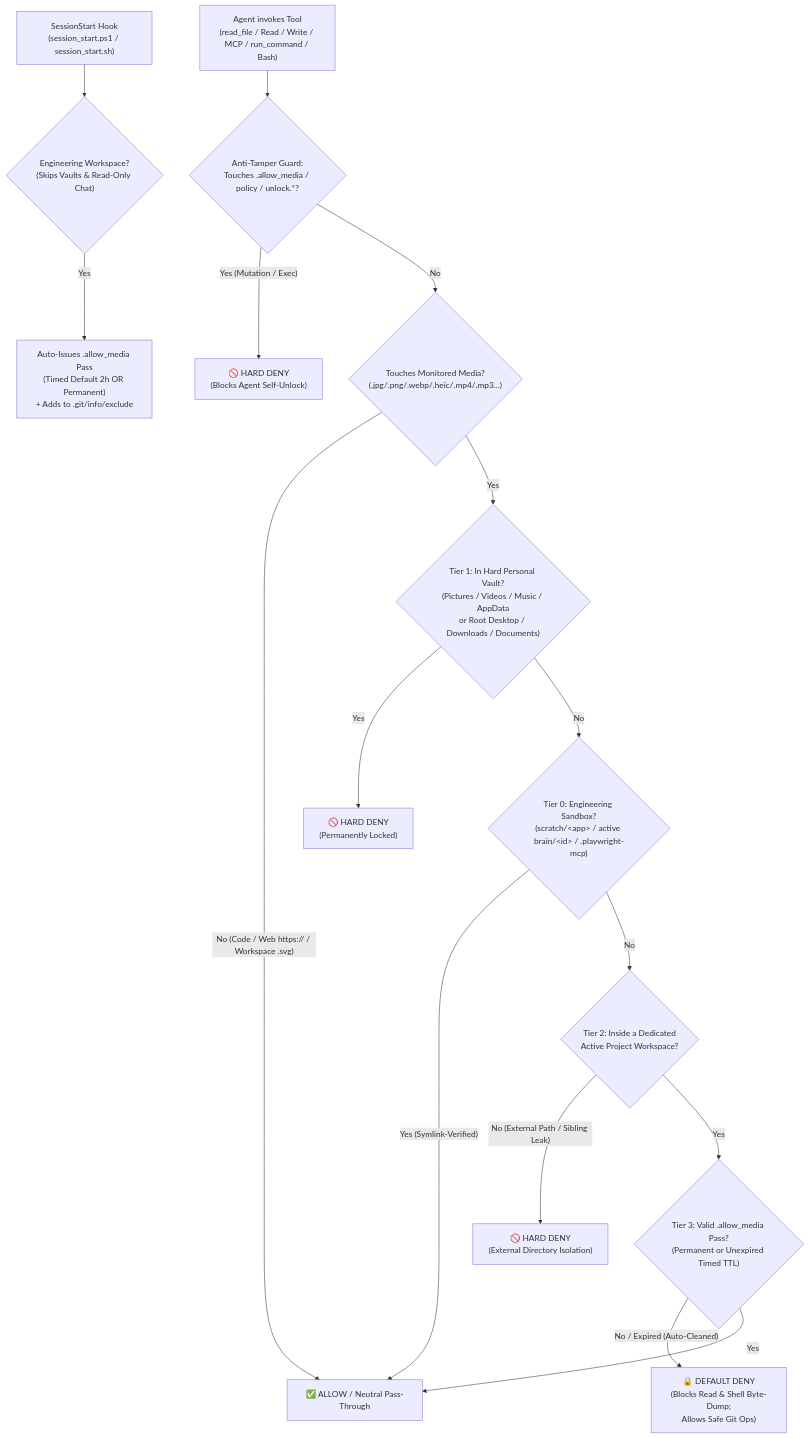
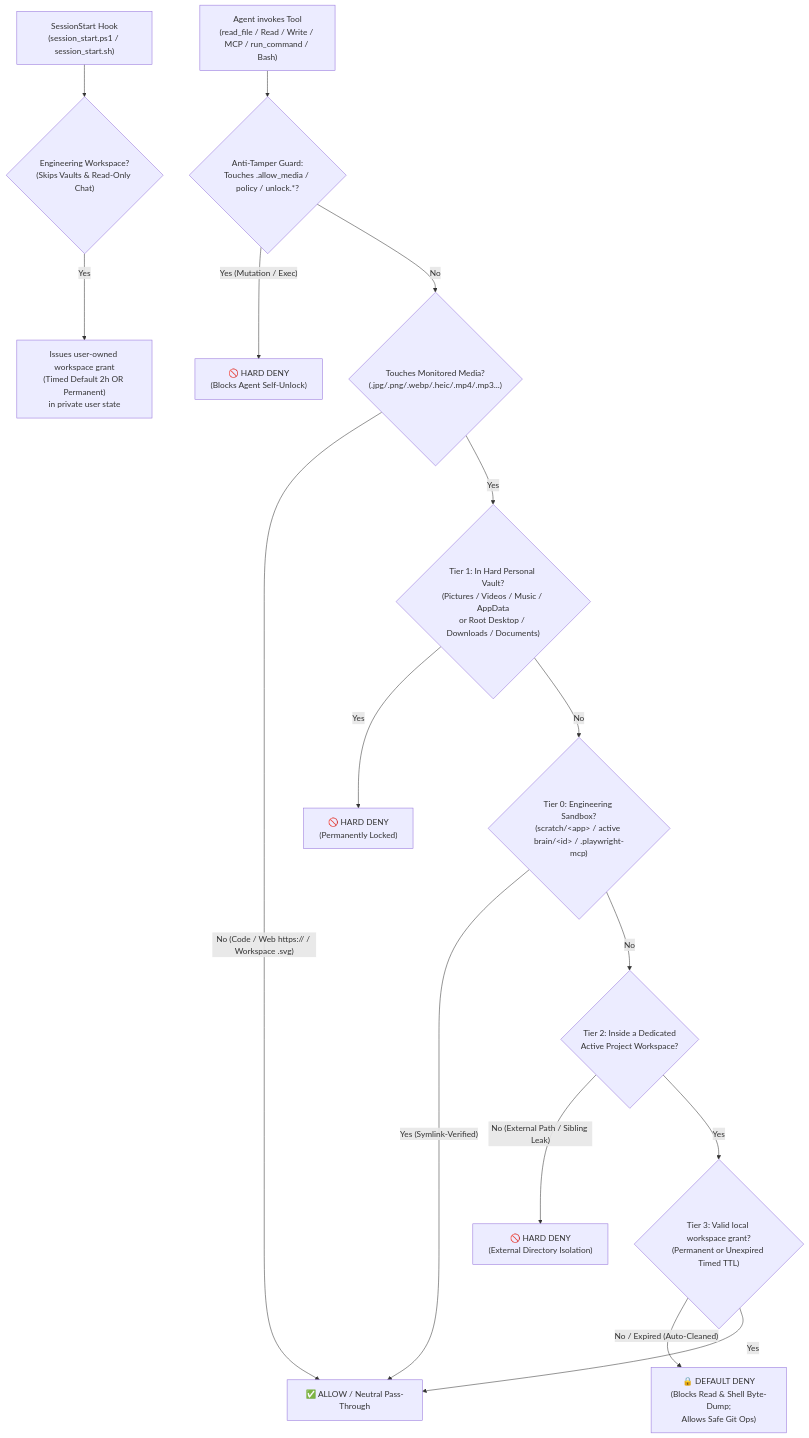
Before and after one commit to zanex-dev/agent-blindfold: the diagram in README.md, drawn with Mermaid. The commit also changed other lines of this file and 26 other files, not shown here.

First line of the commit message:
feat(v1.2.0): user-scoped private grant store, fail-closed host guards & modular Python runtime

````diff
--- a/README.md
+++ b/README.md
@@ -39,19 +46,19 @@
 ```mermaid
 flowchart TD
     S["SessionStart Hook<br/>(session_start.ps1 / session_start.sh)"] --> S1{"Engineering Workspace?<br/>(Skips Vaults & Read-Only Chat)"}
-    S1 -- "Yes" --> S2["Auto-Issues .allow_media Pass<br/>(Timed Default 2h OR Permanent)<br/>+ Adds to .git/info/exclude"]
+    S1 -- "Yes" --> S2["Issues user-owned workspace grant<br/>(Timed Default 2h OR Permanent)<br/>in private user state"]
 
     A["Agent invokes Tool<br/>(read_file / Read / Write / MCP / run_command / Bash)"] --> T{"Anti-Tamper Guard:<br/>Touches .allow_media / policy / unlock.*?"}
     T -- "Yes (Mutation / Exec)" --> DENYT["🚫 HARD DENY<br/>(Blocks Agent Self-Unlock)"]
     T -- "No" --> C{"Touches Monitored Media?<br/>(.jpg/.png/.webp/.heic/.mp4/.mp3...)"}
     C -- "No (Code / Web https:// / Workspace .svg)" --> ALLOW["✅ ALLOW / Neutral Pass-Through"]
     C -- "Yes" --> D{"Tier 1: In Hard Personal Vault?<br/>(Pictures / Videos / Music / AppData<br/>or Root Desktop / Downloads / Documents)"}
     D -- "Yes" --> DENY1["🚫 HARD DENY<br/>(Permanently Locked)"]
     D -- "No" --> E0{"Tier 0: Engineering Sandbox?<br/>(scratch/&lt;app&gt; / active brain/&lt;id&gt; / .playwright-mcp)"}
     E0 -- "Yes (Symlink-Verified)" --> ALLOW
     E0 -- "No" --> E{"Tier 2: Inside a Dedicated<br/>Active Project Workspace?"}
     E -- "No (External Path / Sibling Leak)" --> DENY2["🚫 HARD DENY<br/>(External Directory Isolation)"]
-    E -- "Yes" --> F{"Tier 3: Valid .allow_media Pass?<br/>(Permanent or Unexpired Timed TTL)"}
+    E -- "Yes" --> F{"Tier 3: Valid local workspace grant?<br/>(Permanent or Unexpired Timed TTL)"}
     F -- "No / Expired (Auto-Cleaned)" --> DENY3["🔒 DEFAULT DENY<br/>(Blocks Read & Shell Byte-Dump;<br/>Allows Safe Git Ops)"]
     F -- "Yes" --> ALLOW
 ```
````
